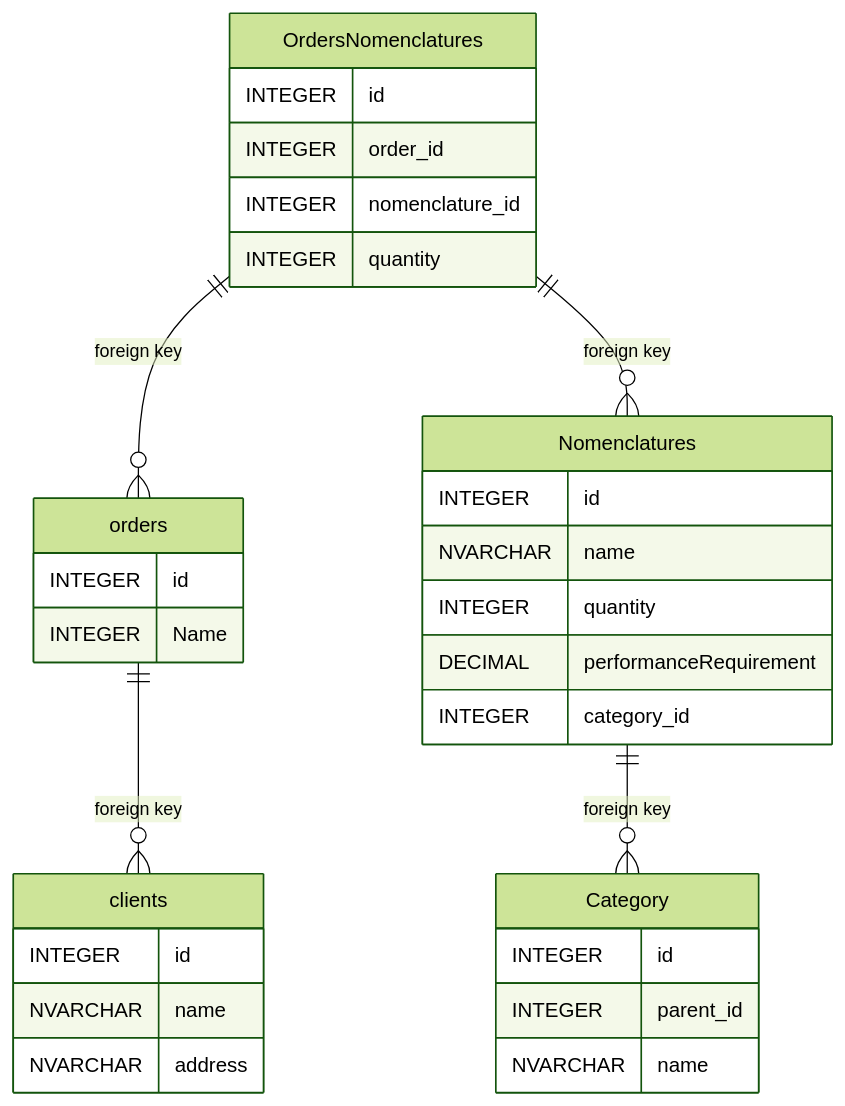
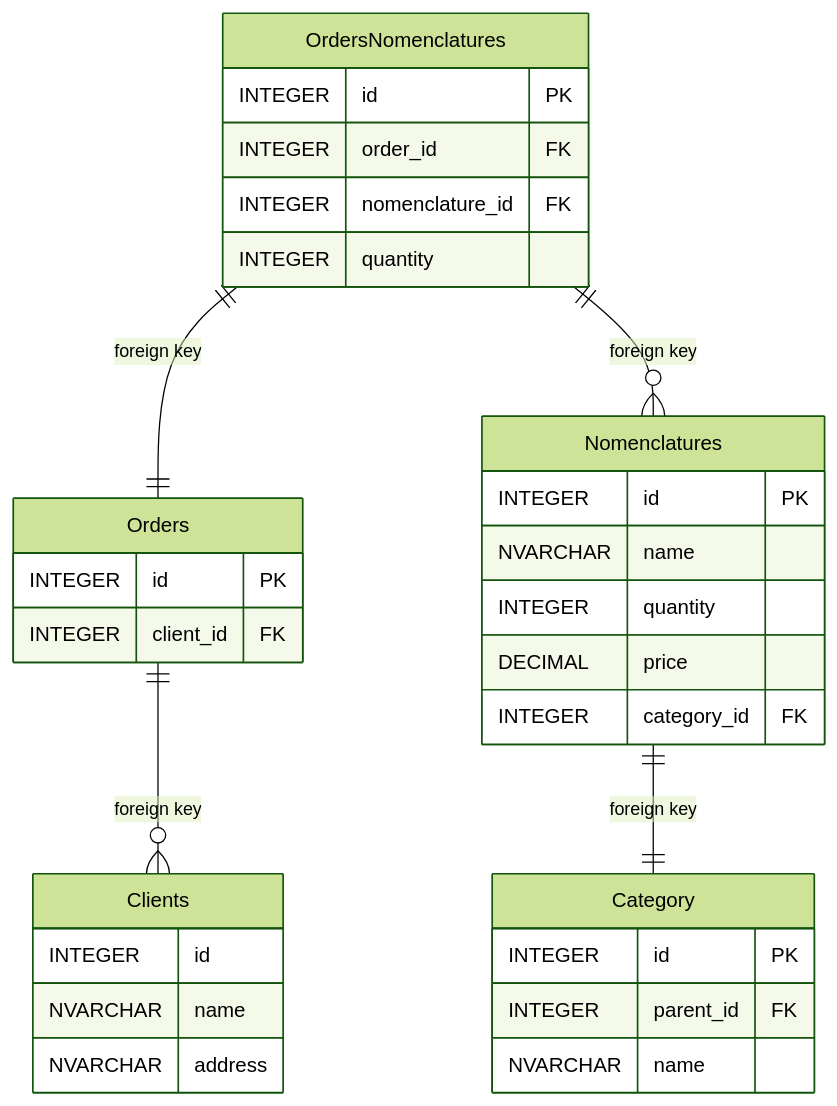
The diagram in README.md (AsmodaiP/test_db), drawn with Mermaid (forest theme) before and after one commit.

Commit message:
Update README.md
Fix mermaid diagram

````diff
--- a/README.md
+++ b/README.md
@@ -7,74 +7,43 @@
 ```mermaid
 erDiagram
 
-clients  {
 
-INTEGER id
+  Clients {
+    INTEGER id
+    NVARCHAR name
+    NVARCHAR address
+  }
 
-NVARCHAR name
 
-NVARCHAR address
+  Orders {
+    INTEGER id PK
+    INTEGER client_id FK
+  }
 
-}
+  OrdersNomenclatures{
+    INTEGER id PK
+    INTEGER order_id FK
+    INTEGER nomenclature_id FK
+    INTEGER quantity
+  }
+  Nomenclatures{
+    INTEGER id PK
+    NVARCHAR name
+    INTEGER quantity
+    DECIMAL price
+    INTEGER category_id FK
 
-  
-  
+  }
+  Category{
+    INTEGER id PK
+    INTEGER parent_id FK
+    NVARCHAR name
+  }
+Orders ||--o{  Clients: "foreign key"
 
-orders  {
+OrdersNomenclatures ||--||  Orders: "foreign key"
+OrdersNomenclatures ||--o{  Nomenclatures: "foreign key"
+Nomenclatures ||--||  Category: "foreign key"
 
-INTEGER id
 
-INTEGER Name
-
-}
-
-  
-
-OrdersNomenclatures{
-
-INTEGER id
-
-INTEGER order_id
-
-INTEGER nomenclature_id
-
-INTEGER quantity
-
-}
-
-Nomenclatures{
-
-INTEGER id
-
-NVARCHAR name
-
-INTEGER quantity
-
-DECIMAL performanceRequirement
-
-INTEGER category_id
-
-  
-
-}
-
-Category{
-
-INTEGER id
-
-INTEGER parent_id
-
-NVARCHAR name
-
-}
-
-orders  ||--o{  clients: "foreign key"
-
-  
-
-OrdersNomenclatures  ||--o{  orders: "foreign key"
-
-OrdersNomenclatures  ||--o{  Nomenclatures: "foreign key"
-
-Nomenclatures  ||--o{  Category: "foreign key"
 ```
````
